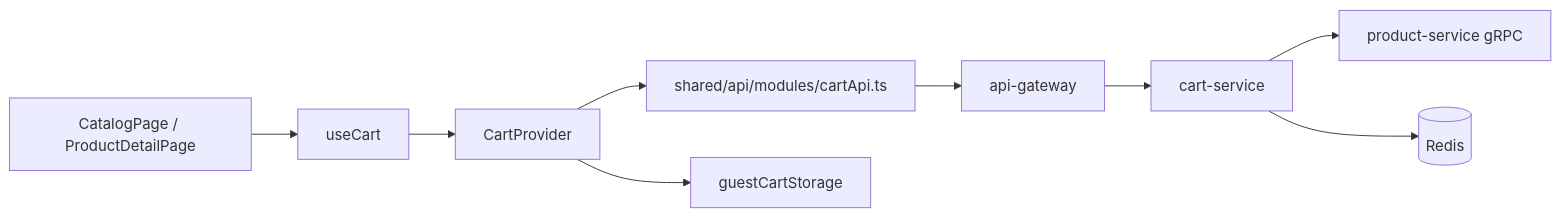
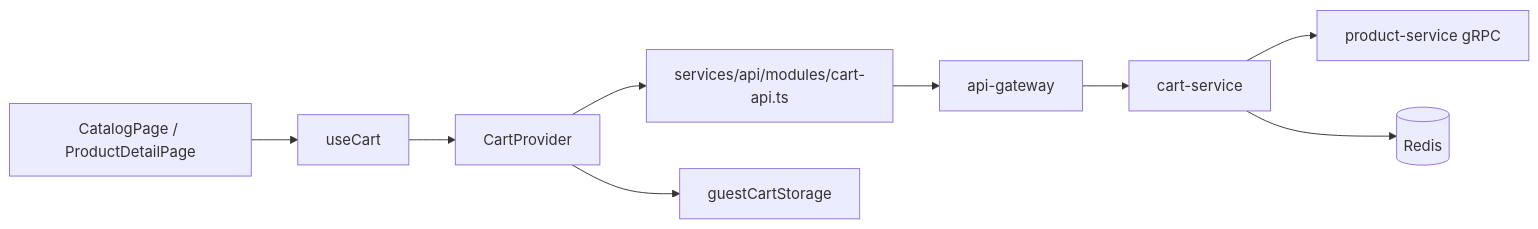
Before and after one commit to NguyenDung278/E-CommerceMicroservicesPlatform: the first of 2 diagrams in docs/learning/05-first-contribution-walkthrough.md, drawn with Mermaid. The commit also changed other lines of this file and 93 other files, not shown here.

````diff
--- a/docs/learning/05-first-contribution-walkthrough.md
+++ b/docs/learning/05-first-contribution-walkthrough.md
@@ -54,11 +54,11 @@
 ```mermaid
 flowchart LR
     UI[CatalogPage / ProductDetailPage] --> Hook[useCart]
     Hook --> Provider[CartProvider]
-    Provider --> API[shared/api/modules/cartApi.ts]
+    Provider --> API[services/api/modules/cart-api.ts]
     Provider --> Guest[guestCartStorage]
     API --> Gateway[api-gateway]
     Gateway --> CartService[cart-service]
     CartService --> ProductGRPC[product-service gRPC]
     CartService --> Redis[(Redis)]
 ```
````
